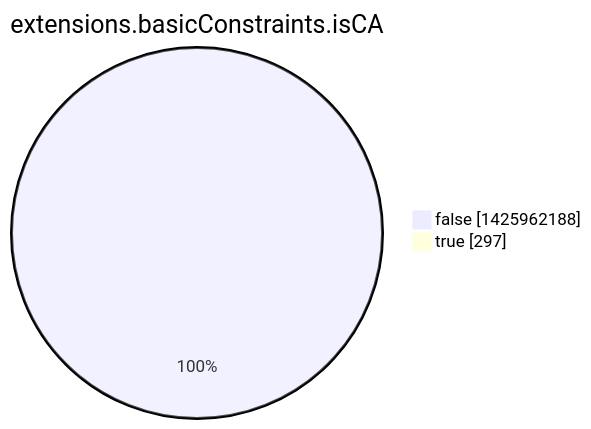
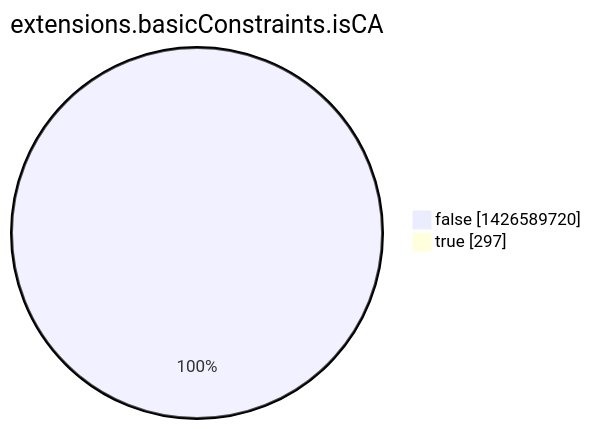
One commit to christiankrug/ctmonitor_visualization changed the eighth of 15 diagrams in argon2022/README.md. Above: the diagram before and after it, drawn with Mermaid. The commit also changed other lines of this file, not shown here.

````diff
--- a/argon2022/README.md
+++ b/argon2022/README.md
@@ -2760,6 +2760,6 @@
 ```mermaid
 pie showData
 title extensions.basicConstraints.isCA
-"false" :1425962188
+"false" :1426589720
 "true" :297
 ```
````
